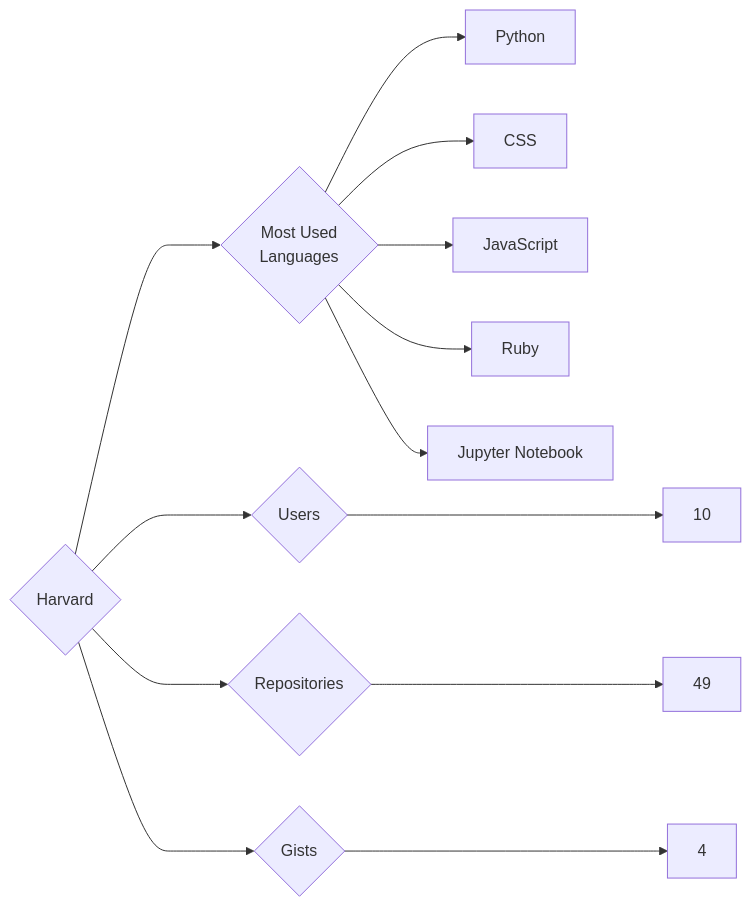
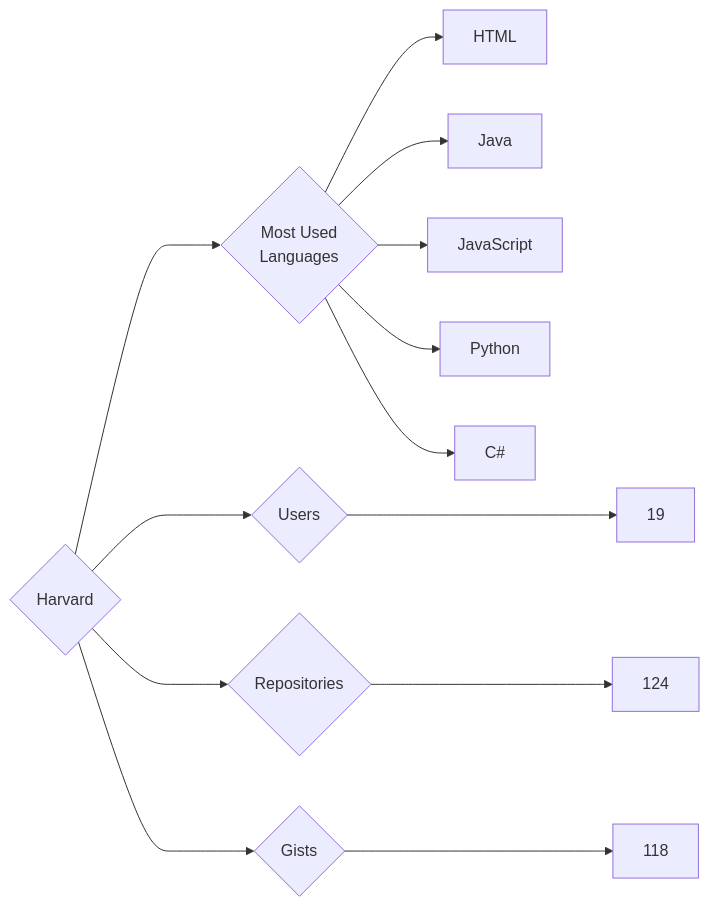
The diagram in targets/Harvard/README.md (trickest/insiders), drawn with Mermaid before and after one commit. The commit also changed 814 other files, not shown here.

````diff
--- a/targets/Harvard/README.md
+++ b/targets/Harvard/README.md
@@ -3,13 +3,13 @@
 ```mermaid
 graph LR
 COMPANY_NAME{Harvard}
-COMPANY_NAME ---> U{Users} ---> UN[10]
-COMPANY_NAME ---> R{Repositories} ---> RN[49]
-COMPANY_NAME ---> G{Gists} ---> GN[4]
+COMPANY_NAME ---> U{Users} ---> UN[19]
+COMPANY_NAME ---> R{Repositories} ---> RN[124]
+COMPANY_NAME ---> G{Gists} ---> GN[118]
 COMPANY_NAME ---> ML{Most Used<br>Languages}
+ML --> HTML[HTML]
+ML --> Java[Java]
+ML --> JavaScript[JavaScript]
 ML --> Python[Python]
-ML --> CSS[CSS]
-ML --> JavaScript[JavaScript]
-ML --> Ruby[Ruby]
-ML --> Jupyter_Notebook[Jupyter Notebook]
+ML --> C#[C#]
 ```
````
